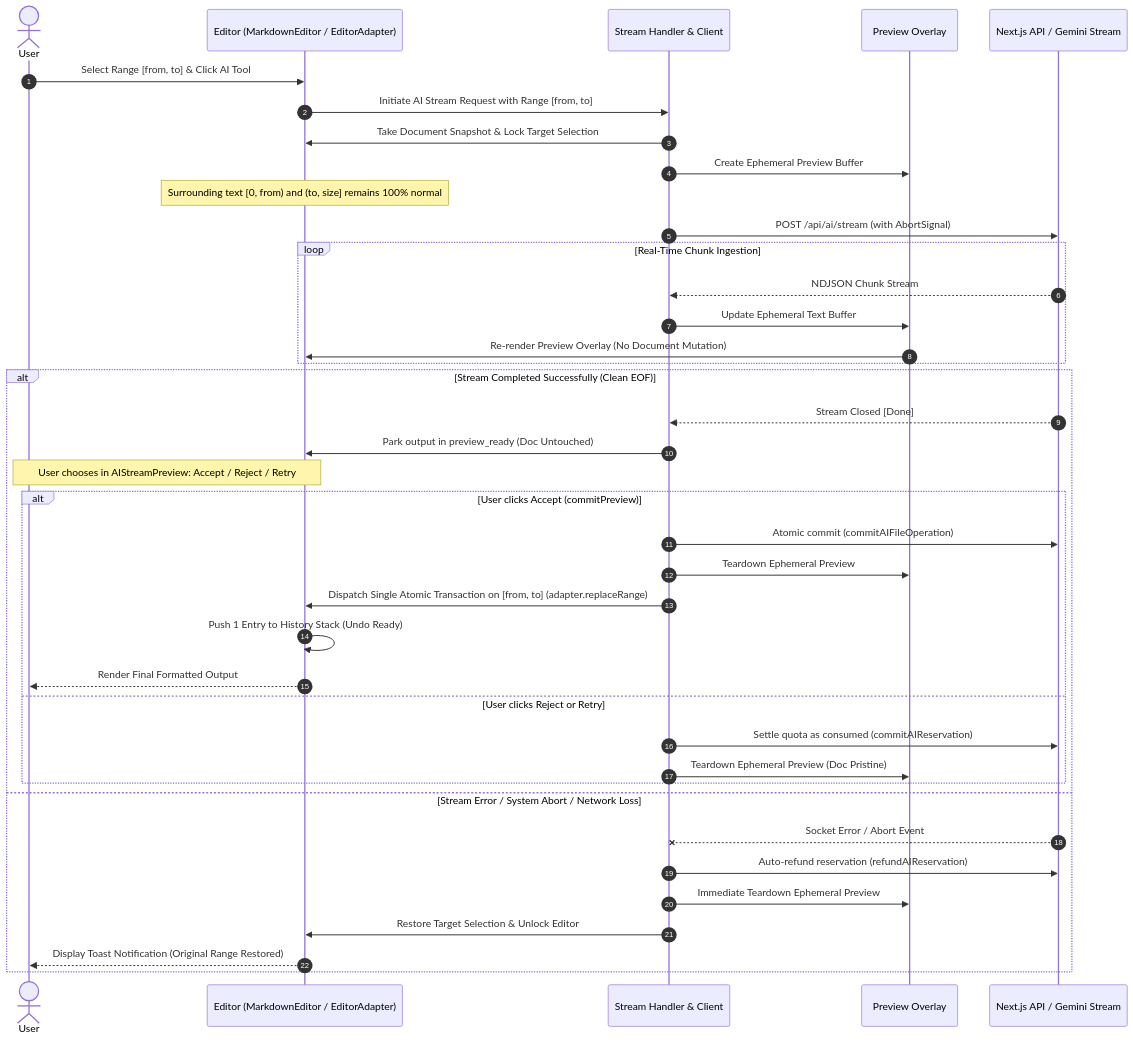
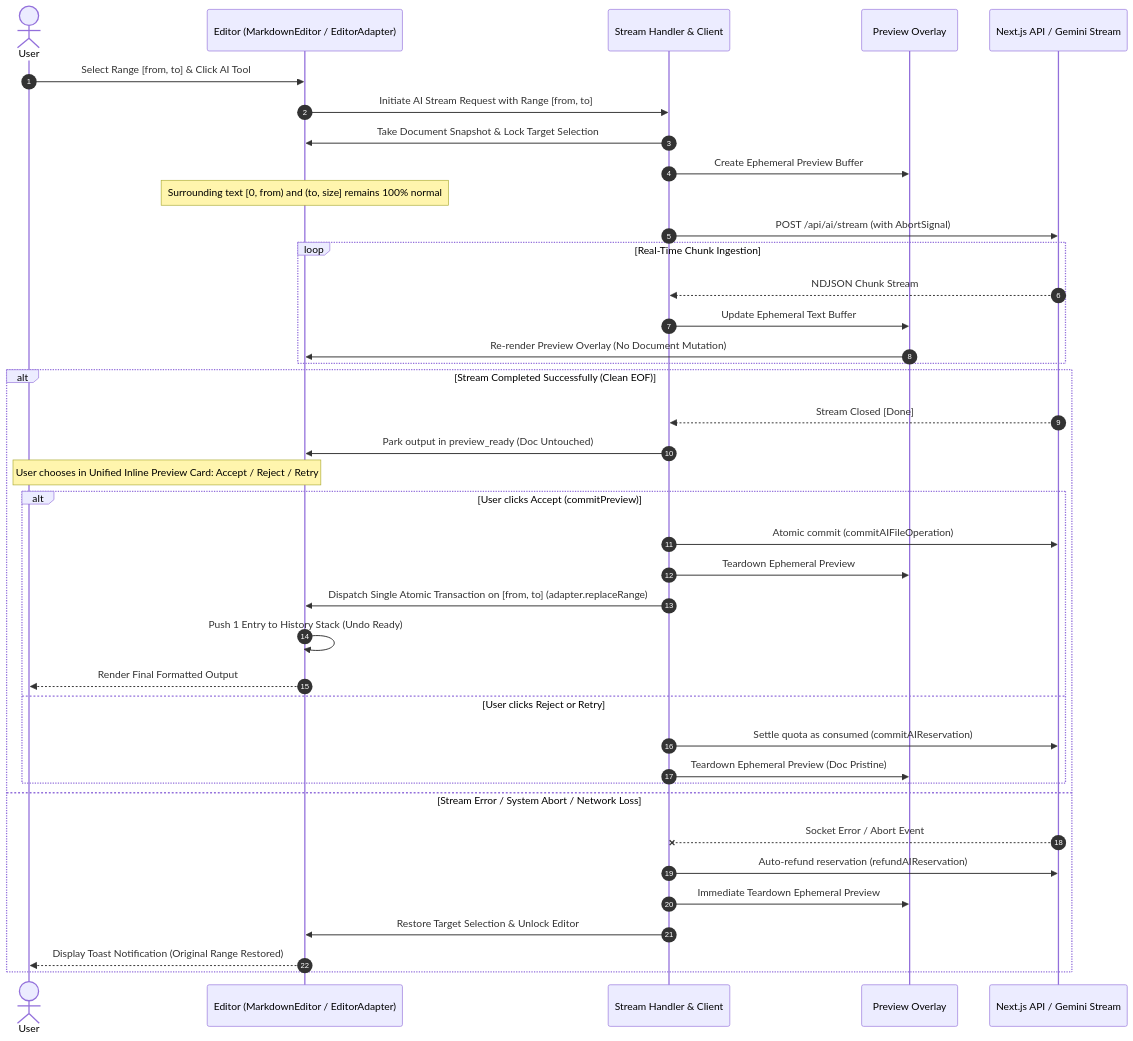
The diagram in docs/specs/UI_STREAMING_ARCHITECTURE_REQUIREMENTS.md (Abdullah931-stack/LUGX), drawn with Mermaid before and after one commit. The commit also changed other lines of this file and 29 other files, not shown here.

````diff
--- a/docs/specs/UI_STREAMING_ARCHITECTURE_REQUIREMENTS.md
+++ b/docs/specs/UI_STREAMING_ARCHITECTURE_REQUIREMENTS.md
@@ -28,44 +28,44 @@
 ```mermaid
 sequenceDiagram
     autonumber
     actor User
     participant Editor as Editor (MarkdownEditor / EditorAdapter)
     participant StreamHandler as Stream Handler & Client
     participant GhostExt as Preview Overlay
     participant Backend as Next.js API / Gemini Stream
 
     User->>Editor: Select Range [from, to] & Click AI Tool
     Editor->>StreamHandler: Initiate AI Stream Request with Range [from, to]
     StreamHandler->>Editor: Take Document Snapshot & Lock Target Selection
     StreamHandler->>GhostExt: Create Ephemeral Preview Buffer
     Note over Editor: Surrounding text [0, from) and (to, size] remains 100% normal
     StreamHandler->>Backend: POST /api/ai/stream (with AbortSignal)
     
     loop Real-Time Chunk Ingestion
         Backend-->>StreamHandler: NDJSON Chunk Stream
         StreamHandler->>GhostExt: Update Ephemeral Text Buffer
         GhostExt->>Editor: Re-render Preview Overlay (No Document Mutation)
     end
 
     alt Stream Completed Successfully (Clean EOF)
         Backend-->>StreamHandler: Stream Closed [Done]
         StreamHandler->>Editor: Park output in preview_ready (Doc Untouched)
-        Note over User,Editor: User chooses in AIStreamPreview: Accept / Reject / Retry
+        Note over User,Editor: User chooses in Unified Inline Preview Card: Accept / Reject / Retry
         alt User clicks Accept (commitPreview)
             StreamHandler->>Backend: Atomic commit (commitAIFileOperation)
             StreamHandler->>GhostExt: Teardown Ephemeral Preview
             StreamHandler->>Editor: Dispatch Single Atomic Transaction on [from, to] (adapter.replaceRange)
             Editor->>Editor: Push 1 Entry to History Stack (Undo Ready)
             Editor-->>User: Render Final Formatted Output
         else User clicks Reject or Retry
             StreamHandler->>Backend: Settle quota as consumed (commitAIReservation)
             StreamHandler->>GhostExt: Teardown Ephemeral Preview (Doc Pristine)
         end
     else Stream Error / System Abort / Network Loss
         Backend--xStreamHandler: Socket Error / Abort Event
         StreamHandler->>Backend: Auto-refund reservation (refundAIReservation)
         StreamHandler->>GhostExt: Immediate Teardown Ephemeral Preview
         StreamHandler->>Editor: Restore Target Selection & Unlock Editor
         Editor-->>User: Display Toast Notification (Original Range Restored)
     end
 ```
````
